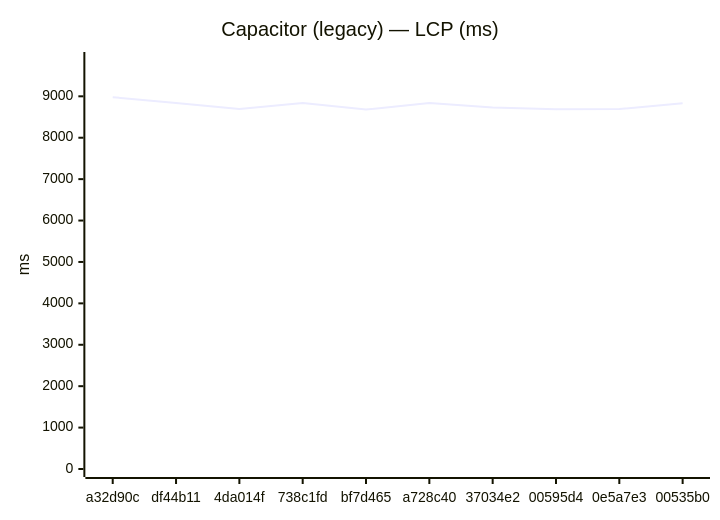
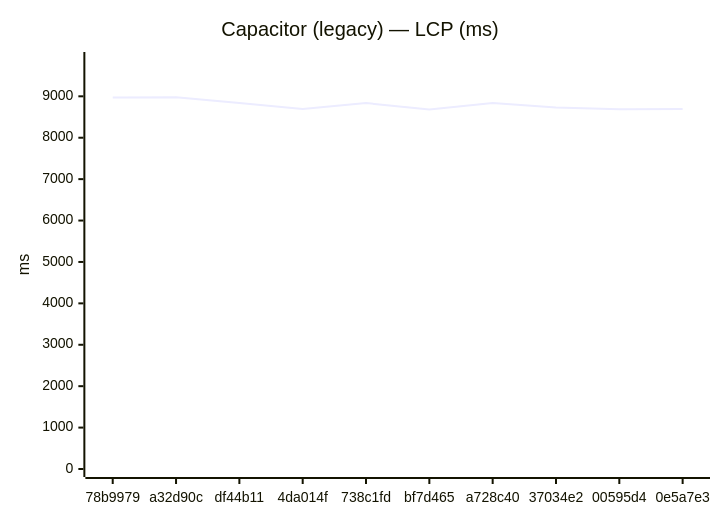
The fifth of 24 diagrams in benchmarks/compare.md (Metaheurist/Rianell), drawn with Mermaid before and after one commit. The commit also changed other lines of this file and 12 other files, not shown here.

````diff
--- a/benchmarks/compare.md
+++ b/benchmarks/compare.md
@@ -84,7 +84,7 @@
 ```mermaid
 xychart-beta
     title "Capacitor (legacy) — LCP (ms)"
-    x-axis ["a32d90c", "df44b11", "4da014f", "738c1fd", "bf7d465", "a728c40", "37034e2", "00595d4", "0e5a7e3", "00535b0"]
+    x-axis ["78b9979", "a32d90c", "df44b11", "4da014f", "738c1fd", "bf7d465", "a728c40", "37034e2", "00595d4", "0e5a7e3"]
     y-axis "ms" 0 --> 9877
-    line [8979, 8838, 8693, 8838, 8681, 8837, 8731, 8688, 8693, 8834]
+    line [8972, 8979, 8838, 8693, 8838, 8681, 8837, 8731, 8688, 8693]
 ```
````
